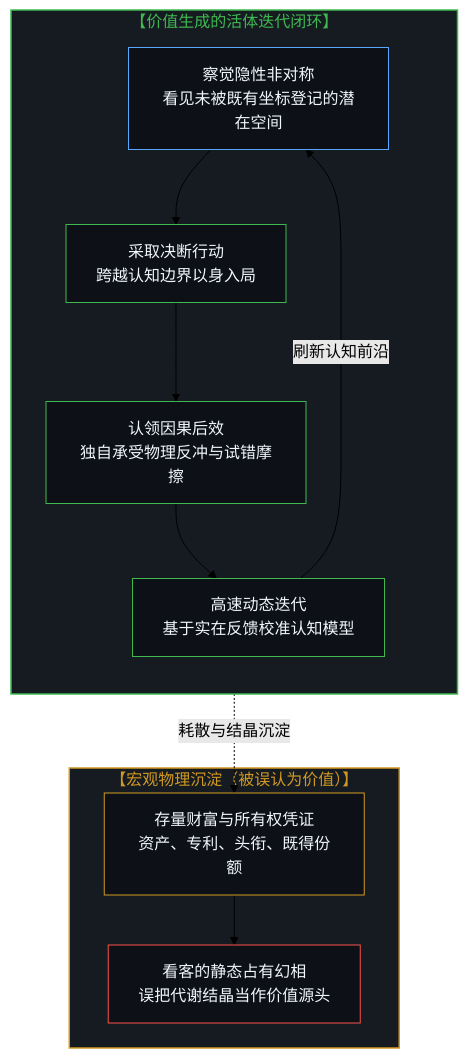
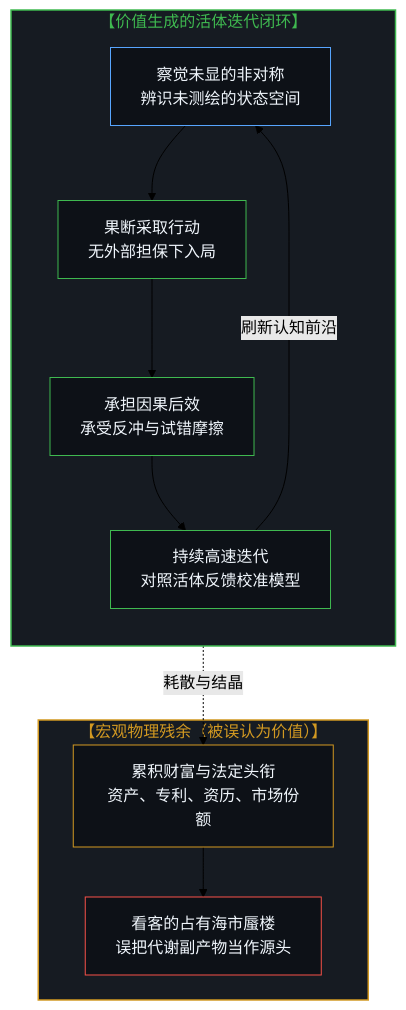
Before and after one commit to powerpig99/not-a-toe: the third of 6 diagrams in content/posts/the-free-variable-and-the-retrospective-illusion-of-power.md, drawn with Mermaid (forest theme). The commit also changed other lines of this file and 3 other files, not shown here.

````diff
--- a/content/posts/the-free-variable-and-the-retrospective-illusion-of-power.md
+++ b/content/posts/the-free-variable-and-the-retrospective-illusion-of-power.md
@@ -113,32 +103,28 @@
 ```mermaid
 flowchart TD
     subgraph S_Loop["【价值生成的活体迭代闭环】"]
         direction TB
-        UnseenOpportunity["察觉隐性非对称<br>看见未被既有坐标登记的潜在空间"]
-        ProactiveAction["采取决断行动<br>跨越认知边界以身入局"]
-        FullResponsibility["认领因果后效<br>独自承受物理反冲与试错摩擦"]
-        ContinuousIteration["高速动态迭代<br>基于实在反馈校准认知模型"]
-        
+        UnseenOpportunity["察觉未显的非对称<br>辨识未测绘的状态空间"]
+        ProactiveAction["果断采取行动<br>无外部担保下入局"]
+        FullResponsibility["承担因果后效<br>承受反冲与试错摩擦"]
+        ContinuousIteration["持续高速迭代<br>对照活体反馈校准模型"]
         UnseenOpportunity --> ProactiveAction
         ProactiveAction --> FullResponsibility
         FullResponsibility --> ContinuousIteration
         ContinuousIteration -->|"刷新认知前沿"| UnseenOpportunity
     end
-
-    subgraph S_Residue["【宏观物理沉淀（被误认为价值）】"]
-        FrozenWealth["存量财富与所有权凭证<br>资产、专利、头衔、既得份额"]
-        StaticPossession["看客的静态占有幻相<br>误把代谢结晶当作价值源头"]
+    subgraph S_Residue["【宏观物理残余（被误认为价值）】"]
+        FrozenWealth["累积财富与法定头衔<br>资产、专利、资历、市场份额"]
+        StaticPossession["看客的占有海市蜃楼<br>误把代谢副产物当作源头"]
     end
-
-    ContinuousIteration -.->|"耗散与结晶沉淀"| FrozenWealth
+    ContinuousIteration -.->|"耗散与结晶"| FrozenWealth
     FrozenWealth --> StaticPossession
-
     style S_Loop fill:#161b22,stroke:#3fb950,stroke-width:1.5px,color:#3fb950
     style S_Residue fill:#161b22,stroke:#d29922,stroke-width:1.5px,color:#d29922
     style UnseenOpportunity fill:#0d1117,stroke:#58a6ff,stroke-width:1px,color:#f0f6fc
     style ProactiveAction fill:#0d1117,stroke:#3fb950,stroke-width:1px,color:#f0f6fc
     style FullResponsibility fill:#0d1117,stroke:#3fb950,stroke-width:1px,color:#f0f6fc
     style ContinuousIteration fill:#0d1117,stroke:#3fb950,stroke-width:1px,color:#f0f6fc
     style FrozenWealth fill:#0d1117,stroke:#d29922,stroke-width:1px,color:#f0f6fc
     style StaticPossession fill:#0d1117,stroke:#f85149,stroke-width:1px,color:#f0f6fc
 ```
````
